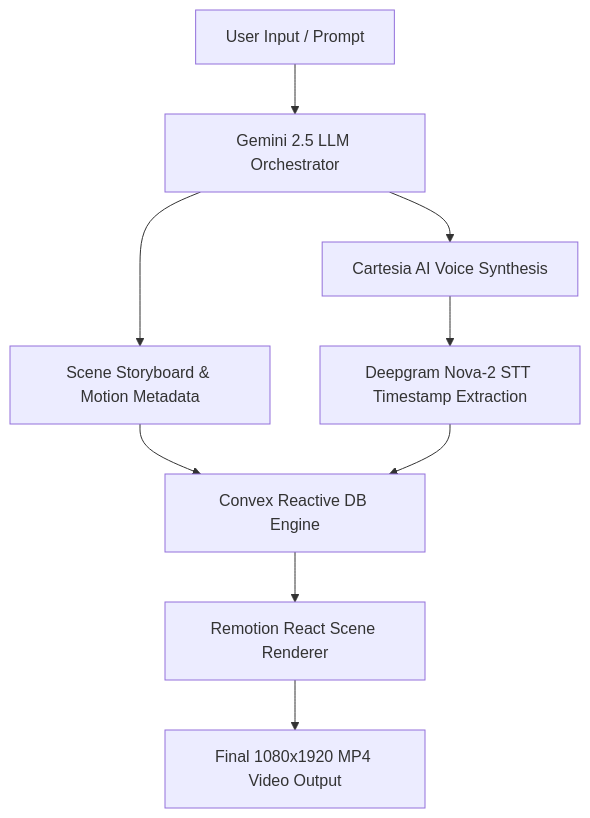
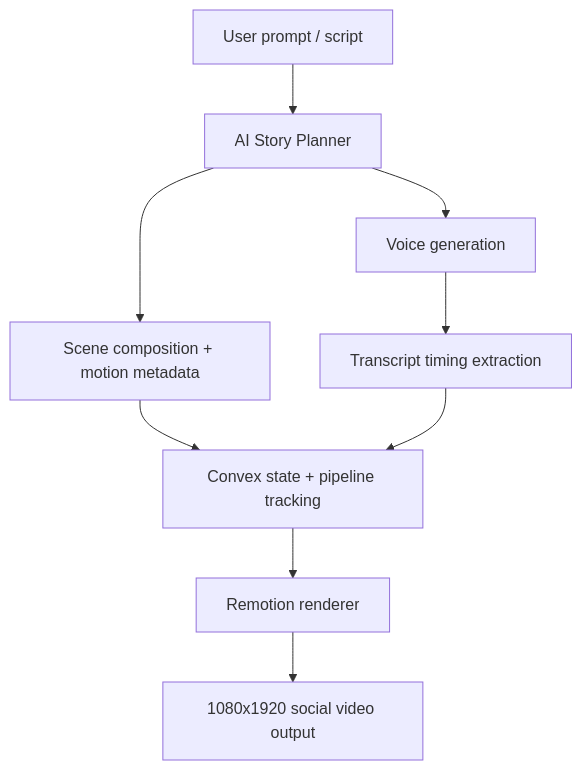
One commit to mritunjay226/motion-graphic-reel changed the diagram in README.md. Above: the diagram before and after it, drawn with Mermaid. The commit also changed other lines of this file, not shown here.

````diff
--- a/README.md
+++ b/README.md
@@ -57,11 +60,11 @@
 ```mermaid
 graph TD
-    A[User Input / Prompt] --> B[Gemini 2.5 LLM Orchestrator]
-    B --> C[Cartesia AI Voice Synthesis]
-    B --> D[Scene Storyboard & Motion Metadata]
-    C --> E[Deepgram Nova-2 STT Timestamp Extraction]
-    D --> F[Convex Reactive DB Engine]
+    A[User prompt / script] --> B[AI Story Planner]
+    B --> C[Scene composition + motion metadata]
+    B --> D[Voice generation]
+    D --> E[Transcript timing extraction]
+    C --> F[Convex state + pipeline tracking]
     E --> F
-    F --> G[Remotion React Scene Renderer]
-    G --> H[Final 1080x1920 MP4 Video Output]
+    F --> G[Remotion renderer]
+    G --> H[1080x1920 social video output]
 ```
````
